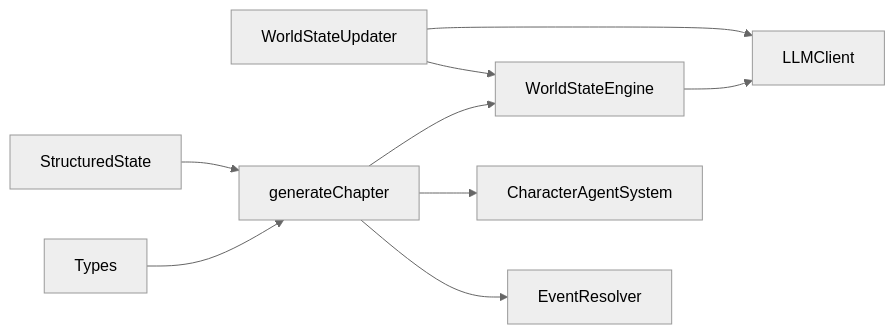
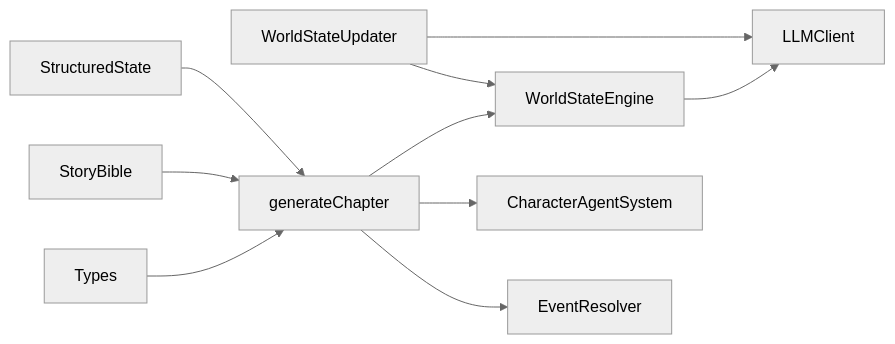
Before and after one commit to liwonder/NARRITIVE_OS: the ninth of 9 diagrams in .qoder/repowiki/en/content/Engine Architecture/World State Engine.md, drawn with Mermaid (neutral theme). The commit also changed other lines of this file and 14 other files, not shown here.

````diff
--- a/.qoder/repowiki/en/content/Engine Architecture/World State Engine.md
+++ b/.qoder/repowiki/en/content/Engine Architecture/World State Engine.md
@@ -376,11 +407,12 @@
 ```mermaid
 graph LR
 WSE["WorldStateEngine"] --> LLM["LLMClient"]
 WSU["WorldStateUpdater"] --> LLM
 WSU --> WSE
 GCP["generateChapter"] --> WSE
 GCP --> CA["CharacterAgentSystem"]
 GCP --> ER["EventResolver"]
 SS["StructuredState"] --> GCP
+BIBLE["StoryBible"] --> GCP
 TYPES["Types"] --> GCP
 ```
````
